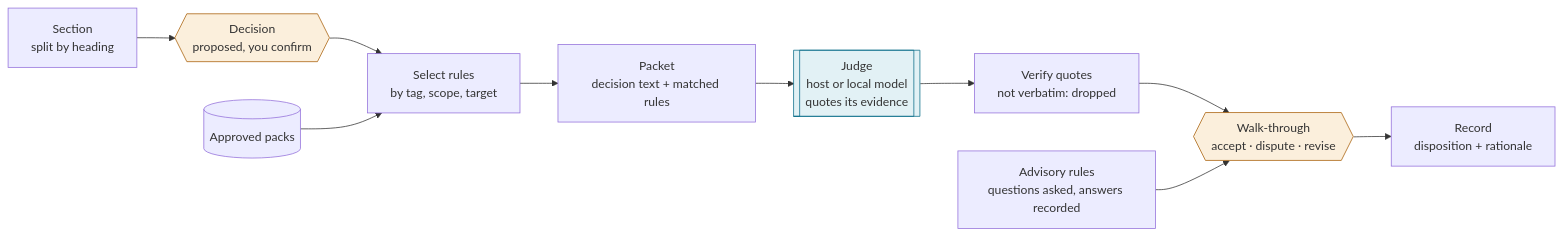
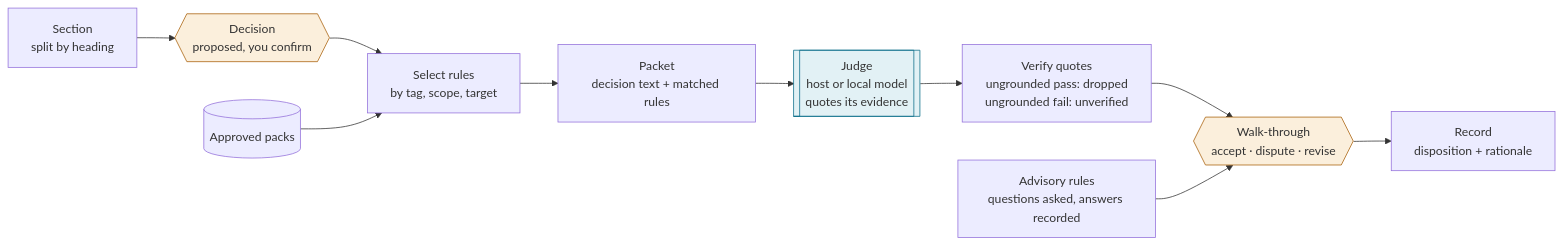
Before and after one commit to pckeyan/agent-arb: the third of 3 diagrams in README.md, drawn with Mermaid. The commit also changed other lines of this file and 30 other files, not shown here.

First line of the commit message:
Pass the eval gate with a 7B model: tag families, n/a verdict, unverified failures kept

````diff
--- a/README.md
+++ b/README.md
@@ -114,15 +114,15 @@
 ```mermaid
 flowchart LR
   section[Section<br/>split by heading] --> decision{{Decision<br/>proposed, you confirm}}
   decision --> select[Select rules<br/>by tag, scope, target]
   select --> packet[Packet<br/>decision text + matched rules]
   packet --> judge[[Judge<br/>host or local model<br/>quotes its evidence]]
-  judge --> verify[Verify quotes<br/>not verbatim: dropped]
+  judge --> verify[Verify quotes<br/>ungrounded pass: dropped<br/>ungrounded fail: unverified]
   verify --> walk{{Walk-through<br/>accept · dispute · revise}}
   walk --> rec[Record<br/>disposition + rationale]
   packs[(Approved packs)] --> select
   advisory[Advisory rules<br/>questions asked, answers recorded] --> walk
   style decision fill:#fbefdc,stroke:#a8600a
   style walk fill:#fbefdc,stroke:#a8600a
   style judge fill:#e2f1f5,stroke:#0b6e8a
 ```
````
